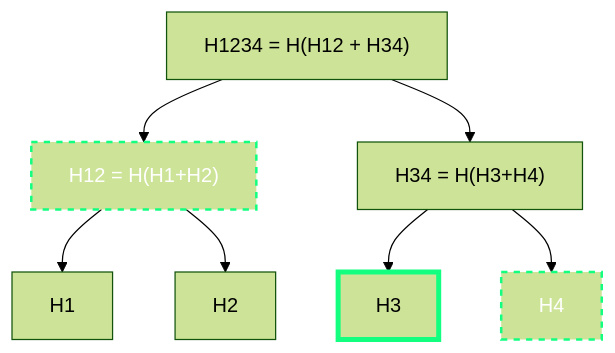
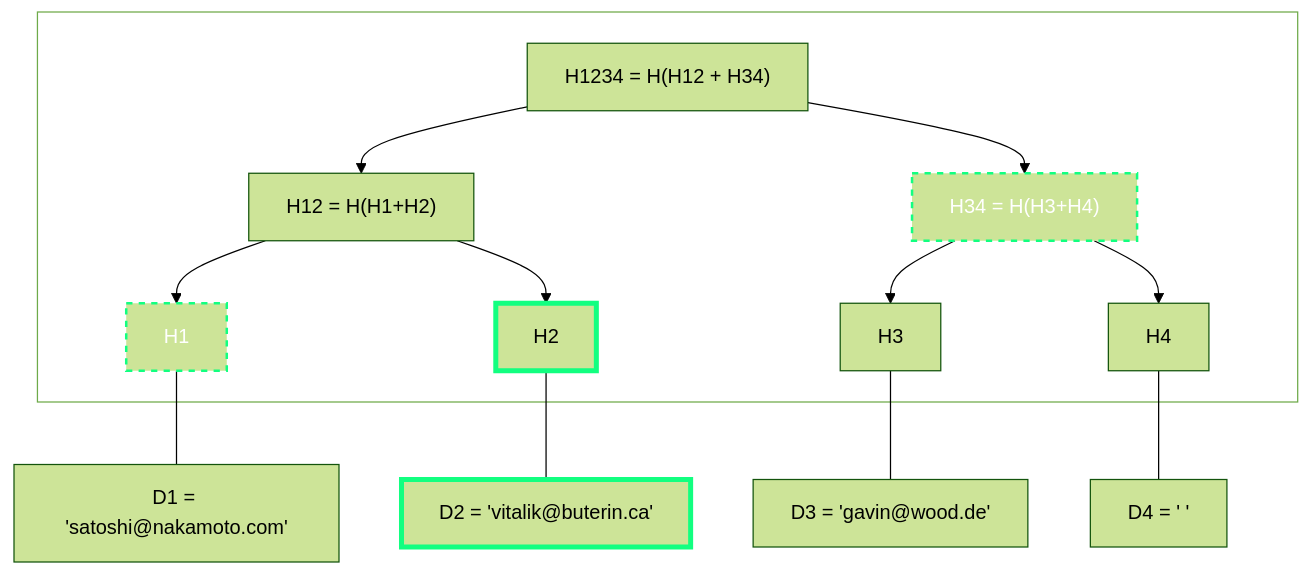
One commit to wentelteefje/safe-merkleproofs changed the second of 3 diagrams in README.md. Above: the diagram before and after it, drawn with Mermaid (forest theme). The commit also changed other lines of this file, not shown here.

````diff
--- a/README.md
+++ b/README.md
@@ -37,12 +41,21 @@
 ```mermaid
 graph TB;
-    A["H1234 = H(H12 + H34)"] --> B["H12 = H(H1+H2)"]
+    subgraph ED[ ]
+    A["H1234 = H(H12 + H34)"]
+    --> B["H12 = H(H1+H2)"];
     A-->C["H34 = H(H3+H4)"];
-    B-->D["H1"]
-    B-->E["H2"]
-    C-->F["H3"]
-    C-->G["H4"]
-    style F stroke:#12FF80,stroke-width:4px
-    style B stroke:#12FF80,stroke-width:2px,color:#fff,stroke-dasharray: 5 5
-    style G stroke:#12FF80,stroke-width:2px,color:#fff,stroke-dasharray: 5 5
+    B-->D["H1"];
+    B-->E["H2"];
+    C-->F["H3"];
+    C-->G["H4"];
+    end
+    D---H["D1 = 'satoshi@nakamoto.com'"]
+    E---I["D2 = 'vitalik@buterin.ca'"]
+    F---J["D3 = 'gavin@wood.de'"]
+    G---K["D4 = ' '"]
+    style ED color:#12FF80, fill:none
+    style E stroke:#12FF80,stroke-width:4px
+    style I stroke:#12FF80,stroke-width:4px
+    style D stroke:#12FF80,stroke-width:2px,color:#fff,stroke-dasharray: 5 5
+    style C stroke:#12FF80,stroke-width:2px,color:#fff,stroke-dasharray: 5 5
 ```
````
